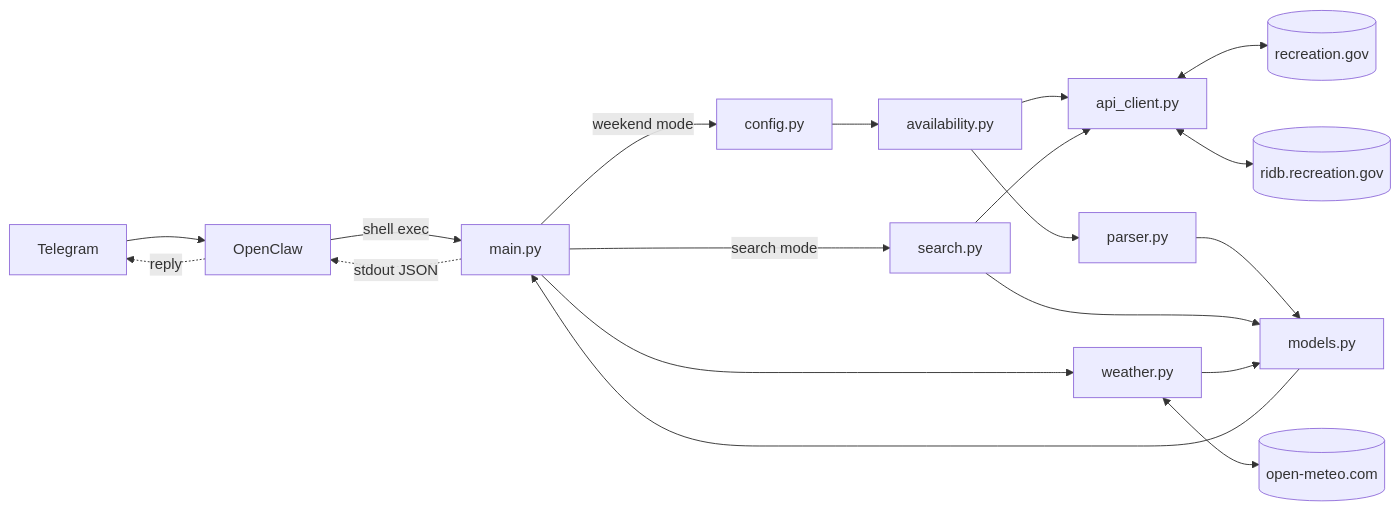
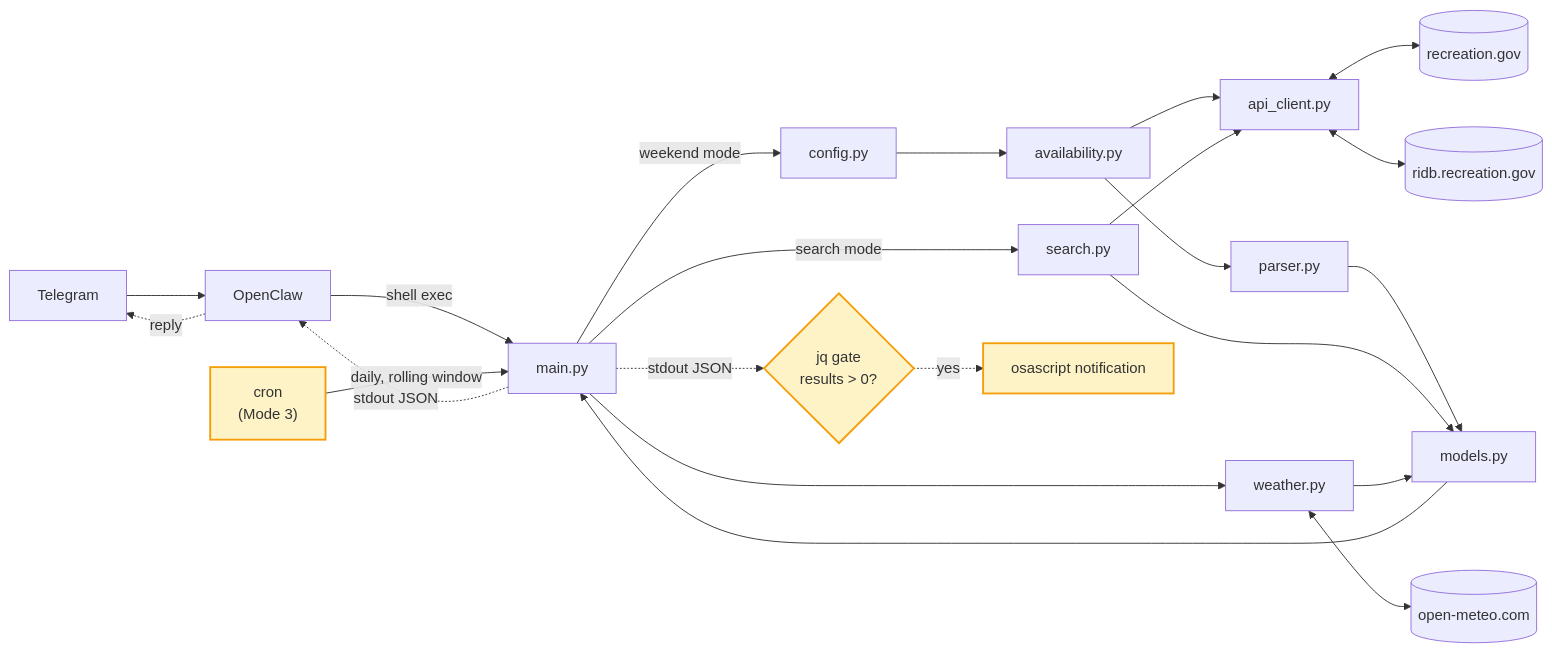
One commit to JamalMansuri/campsiterecon changed the diagram in README.md. Above: the diagram before and after it, drawn with Mermaid. The commit also changed other lines of this file, not shown here.

Commit message:
Extend README mermaid with Mode 3 cron flow
Adds the cron trigger entering main.py and the jq-gated osascript
notification chain coming off stdout. Amber classDef marks the three
nodes that are shell orchestration from SKILL.md, not Python modules,
so the diagram stays honest about where the cron logic actually lives.

````diff
--- a/README.md
+++ b/README.md
@@ -13,26 +13,33 @@
 ```mermaid
 flowchart LR
     TG["Telegram"] --> OC["OpenClaw"]
     OC -->|shell exec| CLI["main.py"]
+    CRON["cron<br/>(Mode 3)"] -->|daily, rolling window| CLI
 
     CLI -->|weekend mode| CFG["config.py"]
     CLI -->|search mode| SR["search.py"]
     CLI --> WX["weather.py"]
 
     CFG --> AV["availability.py"]
     AV --> AC["api_client.py"]
     SR --> AC
 
     AC <--> REC[("recreation.gov")]
     AC <--> RIDB[("ridb.recreation.gov")]
     WX <--> MET[("open-meteo.com")]
 
     AV --> PR["parser.py"]
     PR --> MDL["models.py"]
     SR --> MDL
     WX --> MDL
     MDL --> CLI
 
     CLI -.->|stdout JSON| OC
     OC -.->|reply| TG
+
+    CLI -.->|stdout JSON| JQ{"jq gate<br/>results &gt; 0?"}
+    JQ -.->|yes| NTF["osascript notification"]
+
+    classDef skill fill:#fef3c7,stroke:#f59e0b,stroke-width:2px;
+    class CRON,JQ,NTF skill;
 ```
````
